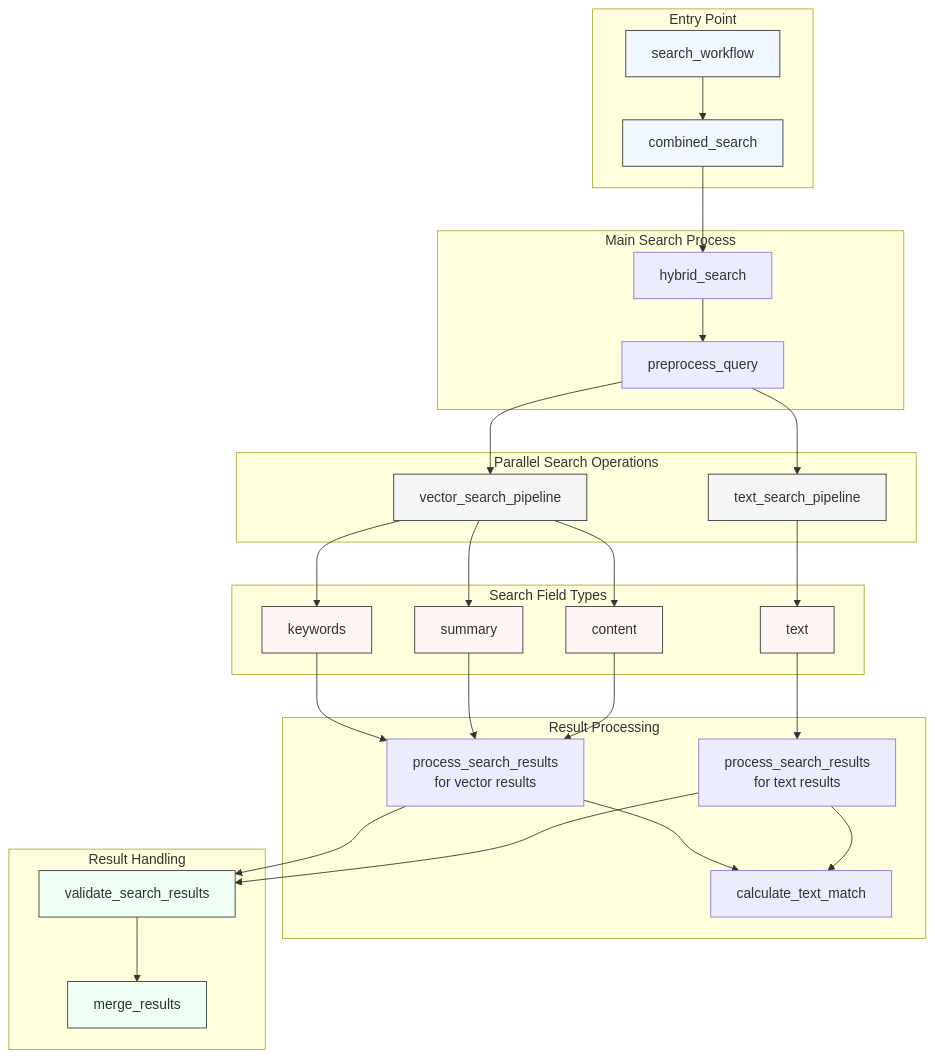
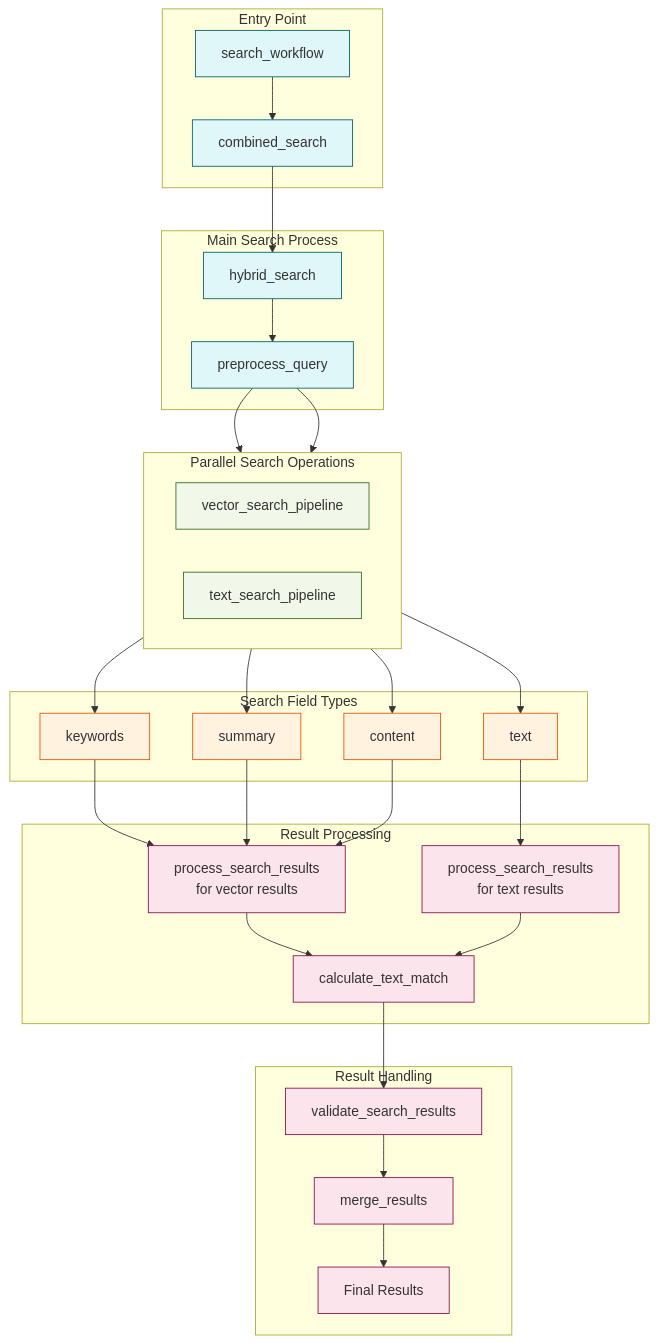
One commit to Soobean/learningai changed the diagram in search-flow-diagram.mermaid. Above: the diagram before and after it, drawn with Mermaid.

Commit message:
updata detail flow diagram

```diff
--- a/search-flow-diagram.mermaid
+++ b/search-flow-diagram.mermaid
@@ -1,67 +1,63 @@
 flowchart TB
     subgraph Entry["Entry Point"]
         A[search_workflow]
         B[combined_search]
     end
 
     subgraph MainProcess["Main Search Process"]
         C[hybrid_search]
         D[preprocess_query]
     end
 
     subgraph ParallelSearch["Parallel Search Operations"]
+        direction LR
         E1[vector_search_pipeline]
         E2[text_search_pipeline]
     end
 
     subgraph SearchFields["Search Field Types"]
         F1[keywords]
         F2[summary]
         F3[content]
         F4[text]
     end
 
     subgraph Processing["Result Processing"]
         G1[process_search_results<br/>for vector results]
         G2[process_search_results<br/>for text results]
         H[calculate_text_match]
     end
 
     subgraph ResultHandling["Result Handling"]
         I[validate_search_results]
         J[merge_results]
+        K[Final Results]
     end
 
     A --> B
     B --> C
     C --> D
-    D --> E1
-    D --> E2
+    D --> E1 & E2
 
-    E1 --> F1
-    E1 --> F2
-    E1 --> F3
+    E1 --> F1 & F2 & F3
     E2 --> F4
 
-    F1 --> G1
-    F2 --> G1
-    F3 --> G1
+    F1 & F2 & F3 --> G1
     F4 --> G2
 
-    G1 --> H
-    G2 --> H
+    G1 & G2 --> H
 
-    G1 --> I
-    G2 --> I
+    H --> I
     I --> J
+    J --> K
 
     %% Styling
-    classDef processNode fill:#f0f7ff,stroke:#333,stroke-width:1px
-    classDef searchNode fill:#f5f5f5,stroke:#333,stroke-width:1px
-    classDef fieldNode fill:#fff5f5,stroke:#333,stroke-width:1px
-    classDef resultNode fill:#f0fff4,stroke:#333,stroke-width:1px
+    classDef processNode fill:#e0f7fa,stroke:#006064,stroke-width:1px
+    classDef searchNode fill:#f1f8e9,stroke:#33691e,stroke-width:1px
+    classDef fieldNode fill:#fff3e0,stroke:#e65100,stroke-width:1px
+    classDef resultNode fill:#fce4ec,stroke:#880e4f,stroke-width:1px
 
-    class A,B processNode
+    class A,B,C,D processNode
     class E1,E2 searchNode
     class F1,F2,F3,F4 fieldNode
-    class I,J resultNode
+    class G1,G2,H,I,J,K resultNode
```
